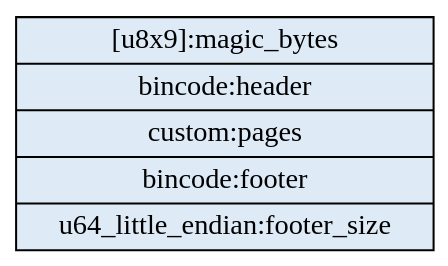
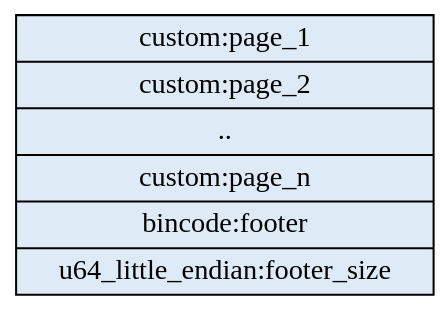
The third of 7 diagrams in wills-columnar-format.org (wmedrano/wills-columnar-format), drawn with Graphviz before and after one commit. The commit also changed other lines of this file and 8 other files, not shown here.

Commit message:
Move header items to footer.

```diff
--- a/wills-columnar-format.org
+++ b/wills-columnar-format.org
@@ -575,8 +561,8 @@
 #+BEGIN_SRC dot :file images/format-diagram.png :exports results
   digraph FormatOverview {
       bgcolor="transparent";
       node[colorscheme=blues3, fillcolor=1, color=black, style=filled, shape=record, fontname="fira code"];
       rankdir="LR";
-      overview[label="[u8x9]:magic_bytes|bincode:header|custom:pages|bincode:footer|u64_little_endian:footer_size"];
+      overview[label="custom:page_1|custom:page_2|..|custom:page_n|bincode:footer|u64_little_endian:footer_size"];
   }
 #+END_SRC
```
